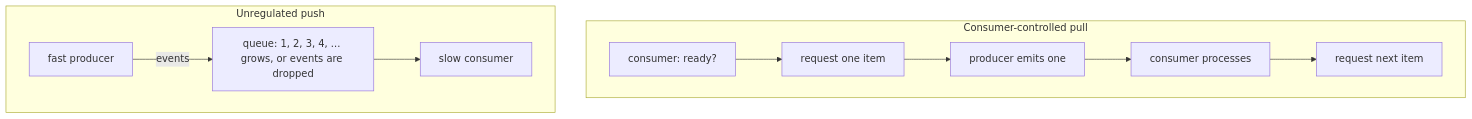
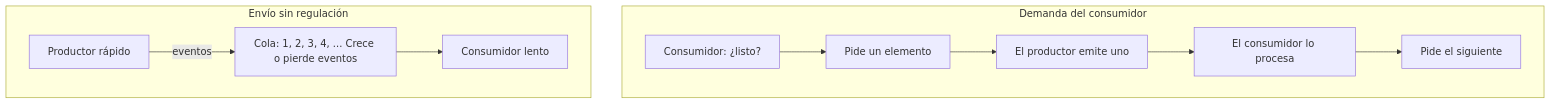
Before and after one commit to dullroar/aprende-a-programar-como-un-bicho-raro: the second of 2 diagrams in lessons/cs-source/chapters/10-events-callbacks-and-reactive-control-flow.md, drawn with Mermaid. The commit also changed other lines of this file and 12 other files, not shown here.

Commit message:
loop(P4-lessons-cs-source-chapters-2): translate reactive control flow chapter

````diff
--- a/lessons/cs-source/chapters/10-events-callbacks-and-reactive-control-flow.md
+++ b/lessons/cs-source/chapters/10-events-callbacks-and-reactive-control-flow.md
@@ -92,11 +92,11 @@
 ```mermaid
 flowchart TB
-    accTitle: Notification is not flow control: backpressure must be designed
-    accDescr: Two panels. In unregulated push, a fast producer sends events into a queue holding 1, 2, 3, 4 and so on, which keeps growing, and a slow consumer reads from it, so the queue grows or events are dropped. In consumer-controlled pull, the consumer is ready, requests one item, the producer emits one, the consumer processes it and requests the next, so the consumer determines the pace.
-    subgraph PULL["Consumer-controlled pull"]
-        RDY["consumer: ready?"] --> REQ["request one item"] --> EMIT["producer emits one"] --> PROC["consumer processes"] --> NXT["request next item"]
+    accTitle: Avisar no regula el flujo. La contrapresión se diseña
+    accDescr: Dos paneles. En el envío sin regulación, un productor rápido manda eventos a una cola con 1, 2, 3, 4 y así sucesivamente. La cola sigue creciendo mientras un consumidor lento lee de ella. Por eso la cola crece o se pierden eventos. En el flujo por demanda, el consumidor pide un elemento cuando está listo. El productor emite uno. El consumidor lo procesa y pide el siguiente, así que marca el ritmo.
+    subgraph PULL["Demanda del consumidor"]
+        RDY["Consumidor: ¿listo?"] --> REQ["Pide un elemento"] --> EMIT["El productor emite uno"] --> PROC["El consumidor lo procesa"] --> NXT["Pide el siguiente"]
     end
-    subgraph PUSH["Unregulated push"]
-        FP["fast producer"] -->|"events"| Q["queue: 1, 2, 3, 4, ... grows, or events are dropped"] --> SC["slow consumer"]
+    subgraph PUSH["Envío sin regulación"]
+        FP["Productor rápido"] -->|"eventos"| Q["Cola: 1, 2, 3, 4, ... Crece o pierde eventos"] --> SC["Consumidor lento"]
     end
 ```
````
